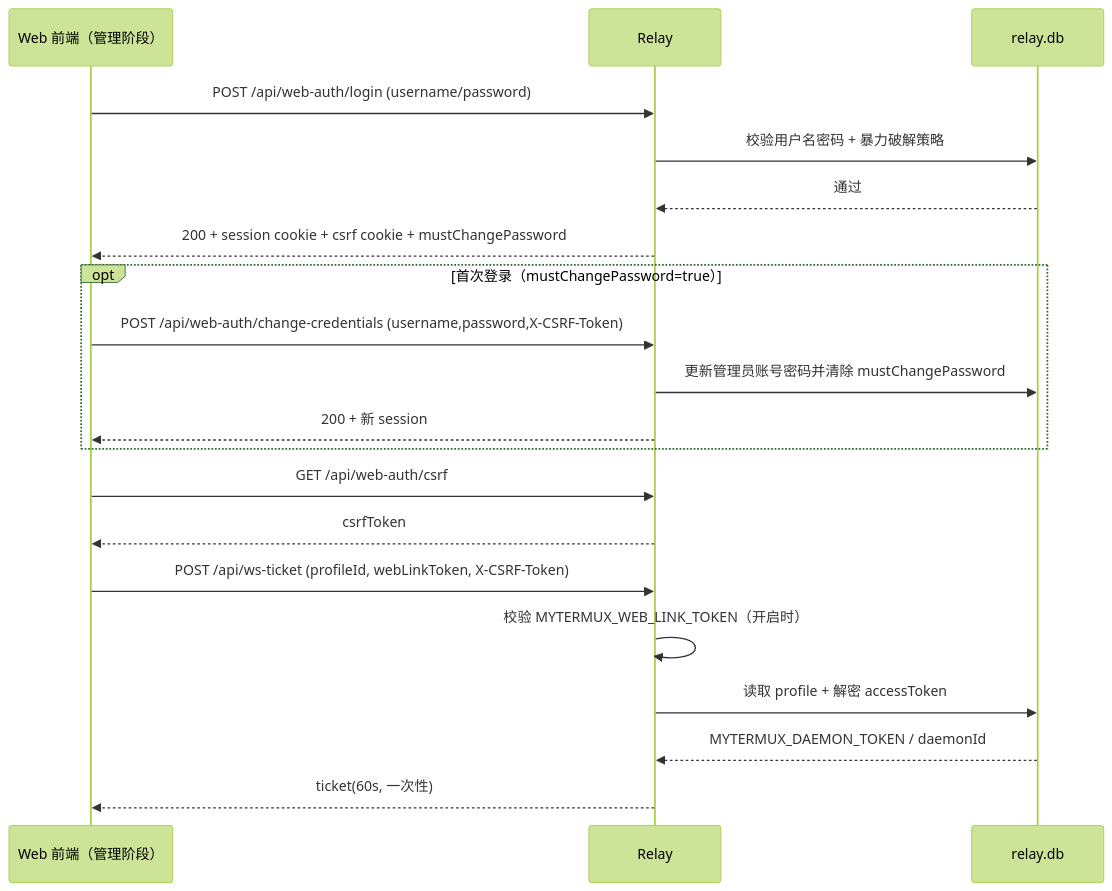
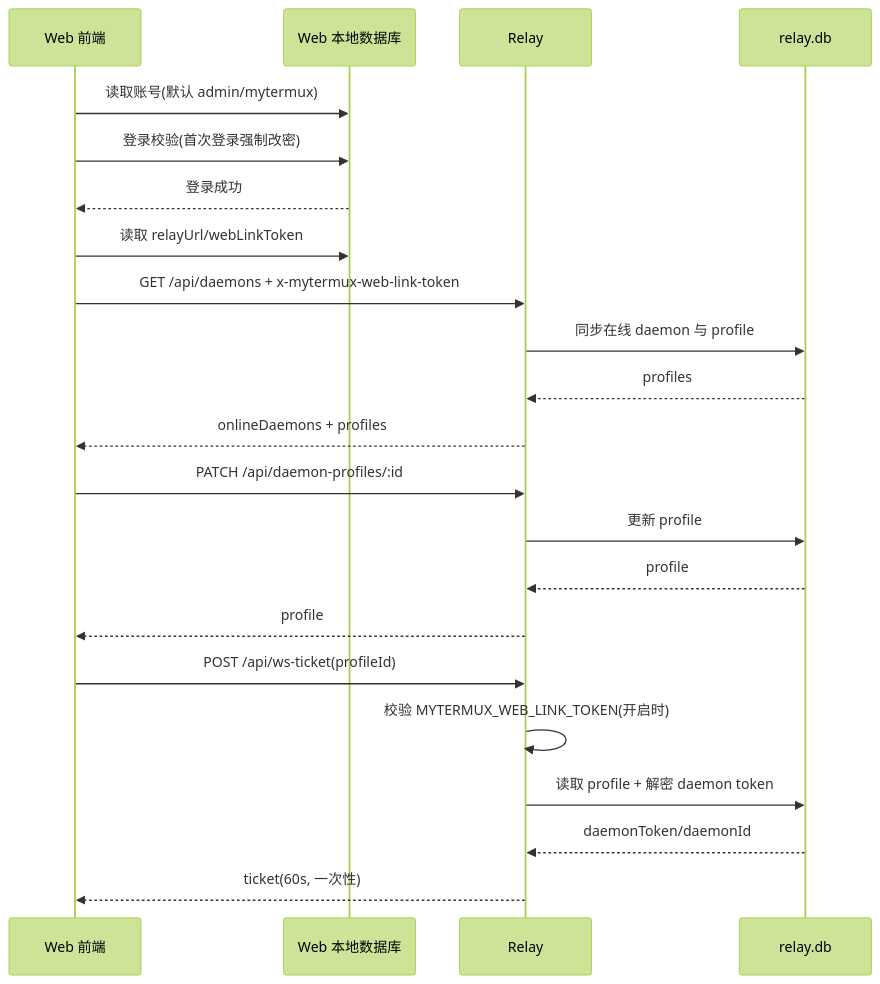
The second of 3 diagrams in docs/SERVICE_PROTOCOL_FLOW.md (ShakaRover/MyTermux), drawn with Mermaid (forest theme) before and after one commit. The commit also changed other lines of this file and 25 other files, not shown here.

````diff
--- a/docs/SERVICE_PROTOCOL_FLOW.md
+++ b/docs/SERVICE_PROTOCOL_FLOW.md
@@ -33,26 +34,28 @@
 ```mermaid
 sequenceDiagram
-  participant W as Web 前端（管理阶段）
+  participant W as Web 前端
+  participant WB as Web 本地数据库
   participant R as Relay
-  participant DB as relay.db
+  participant RB as relay.db
 
-  W->>R: POST /api/web-auth/login (username/password)
-  R->>DB: 校验用户名密码 + 暴力破解策略
-  DB-->>R: 通过
-  R-->>W: 200 + session cookie + csrf cookie + mustChangePassword
+  W->>WB: 读取账号(默认 admin/mytermux)
+  W->>WB: 登录校验(首次登录强制改密)
+  WB-->>W: 登录成功
 
-  opt 首次登录（mustChangePassword=true）
-    W->>R: POST /api/web-auth/change-credentials (username,password,X-CSRF-Token)
-    R->>DB: 更新管理员账号密码并清除 mustChangePassword
-    R-->>W: 200 + 新 session
-  end
+  W->>WB: 读取 relayUrl/webLinkToken
+  W->>R: GET /api/daemons + x-mytermux-web-link-token
+  R->>RB: 同步在线 daemon 与 profile
+  RB-->>R: profiles
+  R-->>W: onlineDaemons + profiles
 
-  W->>R: GET /api/web-auth/csrf
-  R-->>W: csrfToken
+  W->>R: PATCH /api/daemon-profiles/:id
+  R->>RB: 更新 profile
+  RB-->>R: profile
+  R-->>W: profile
 
-  W->>R: POST /api/ws-ticket (profileId, webLinkToken, X-CSRF-Token)
-  R->>R: 校验 MYTERMUX_WEB_LINK_TOKEN（开启时）
-  R->>DB: 读取 profile + 解密 accessToken
-  DB-->>R: MYTERMUX_DAEMON_TOKEN / daemonId
+  W->>R: POST /api/ws-ticket(profileId)
+  R->>R: 校验 MYTERMUX_WEB_LINK_TOKEN(开启时)
+  R->>RB: 读取 profile + 解密 daemon token
+  RB-->>R: daemonToken/daemonId
   R-->>W: ticket(60s, 一次性)
 ```
````
